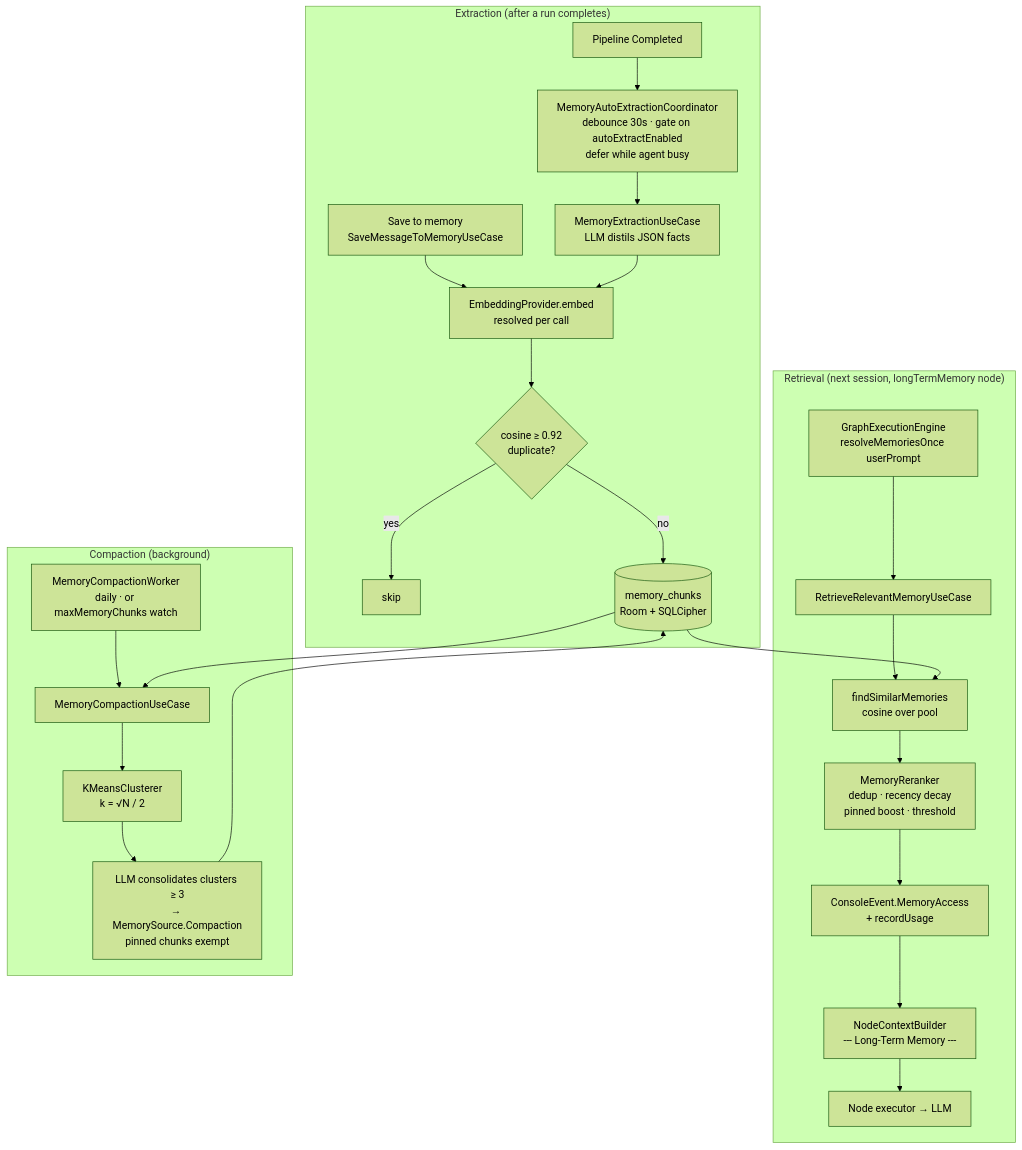
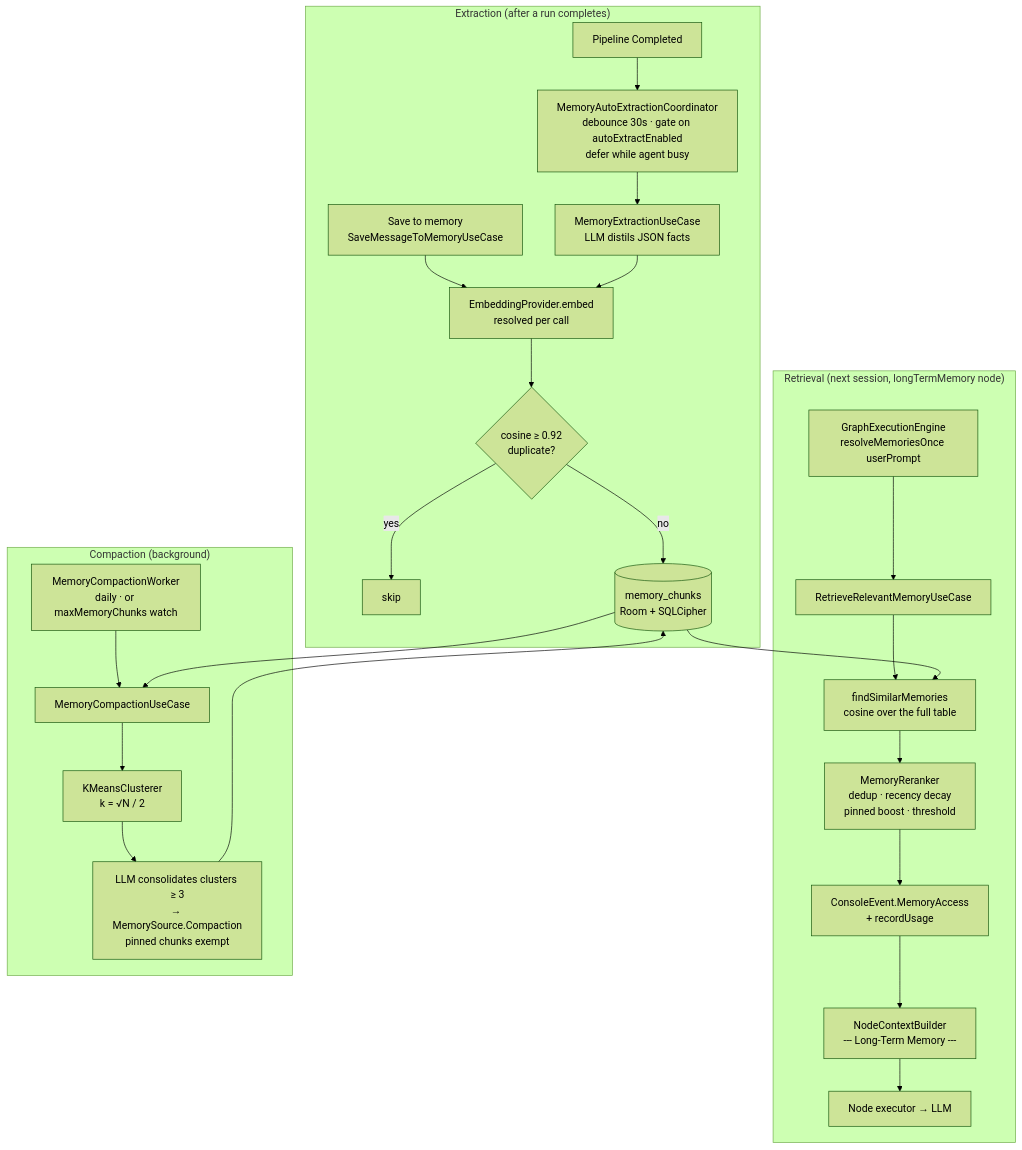
Before and after one commit to alexeyw/PersonalAndroidAIAgent: the third of 4 diagrams in docs/architecture.md, drawn with Mermaid (forest theme). The commit also changed other lines of this file and 35 other files, not shown here.

````diff
--- a/docs/architecture.md
+++ b/docs/architecture.md
@@ -246,30 +246,30 @@
 ```mermaid
 flowchart TB
     subgraph Extraction["Extraction (after a run completes)"]
         Done[Pipeline Completed] --> Coord[MemoryAutoExtractionCoordinator<br/>debounce 30s · gate on autoExtractEnabled<br/>defer while agent busy]
         Coord --> Extract[MemoryExtractionUseCase<br/>LLM distils JSON facts]
         Manual[Save to memory<br/>SaveMessageToMemoryUseCase] --> Embed
         Extract --> Embed[EmbeddingProvider.embed<br/>resolved per call]
         Embed --> Dedup{cosine ≥ 0.92<br/>duplicate?}
         Dedup -- yes --> Drop[skip]
         Dedup -- no --> Store[(memory_chunks<br/>Room + SQLCipher)]
     end
 
     subgraph Retrieval["Retrieval (next session, longTermMemory node)"]
         Engine[GraphExecutionEngine<br/>resolveMemoriesOnce userPrompt] --> Retrieve[RetrieveRelevantMemoryUseCase]
-        Retrieve --> Search[findSimilarMemories<br/>cosine over pool]
+        Retrieve --> Search[findSimilarMemories<br/>cosine over the full table]
         Store --> Search
         Search --> Rerank[MemoryReranker<br/>dedup · recency decay<br/>pinned boost · threshold]
         Rerank --> Console[ConsoleEvent.MemoryAccess<br/>+ recordUsage]
         Console --> Block[NodeContextBuilder<br/>--- Long-Term Memory ---]
         Block --> LLM[Node executor → LLM]
     end
 
     subgraph Compaction["Compaction (background)"]
         Worker[MemoryCompactionWorker<br/>daily · or maxMemoryChunks watch] --> Compact[MemoryCompactionUseCase]
         Store --> Compact
         Compact --> Cluster[KMeansClusterer<br/>k = √N / 2]
         Cluster --> Consolidate[LLM consolidates clusters ≥ 3<br/>→ MemorySource.Compaction<br/>pinned chunks exempt]
         Consolidate --> Store
     end
 ```
````
